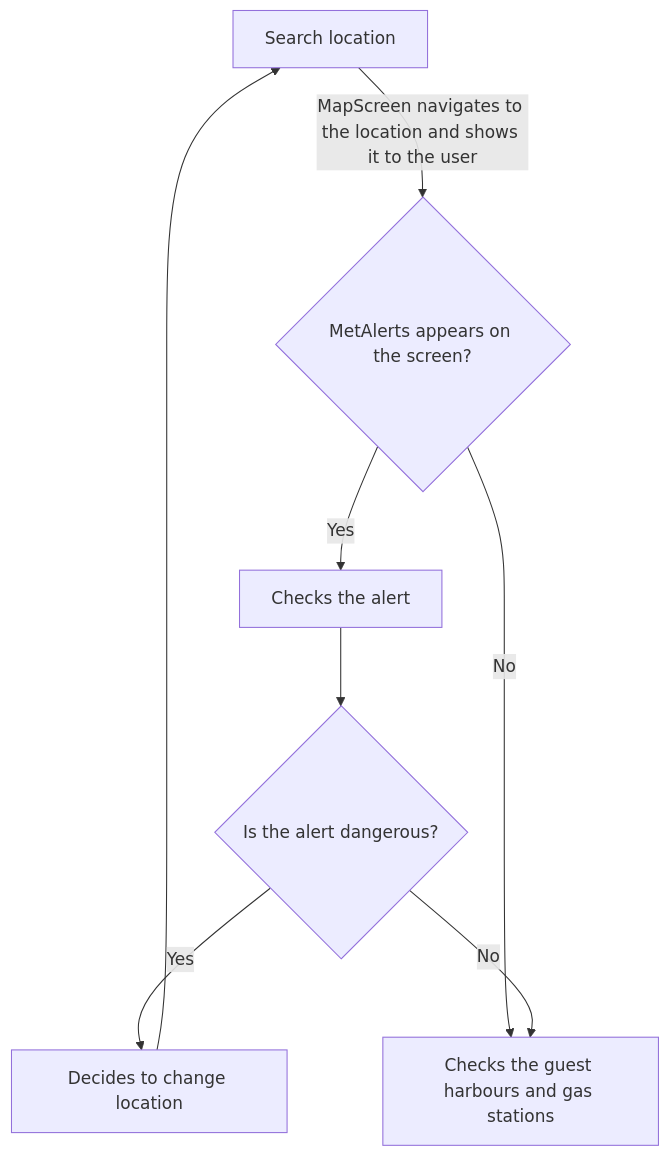
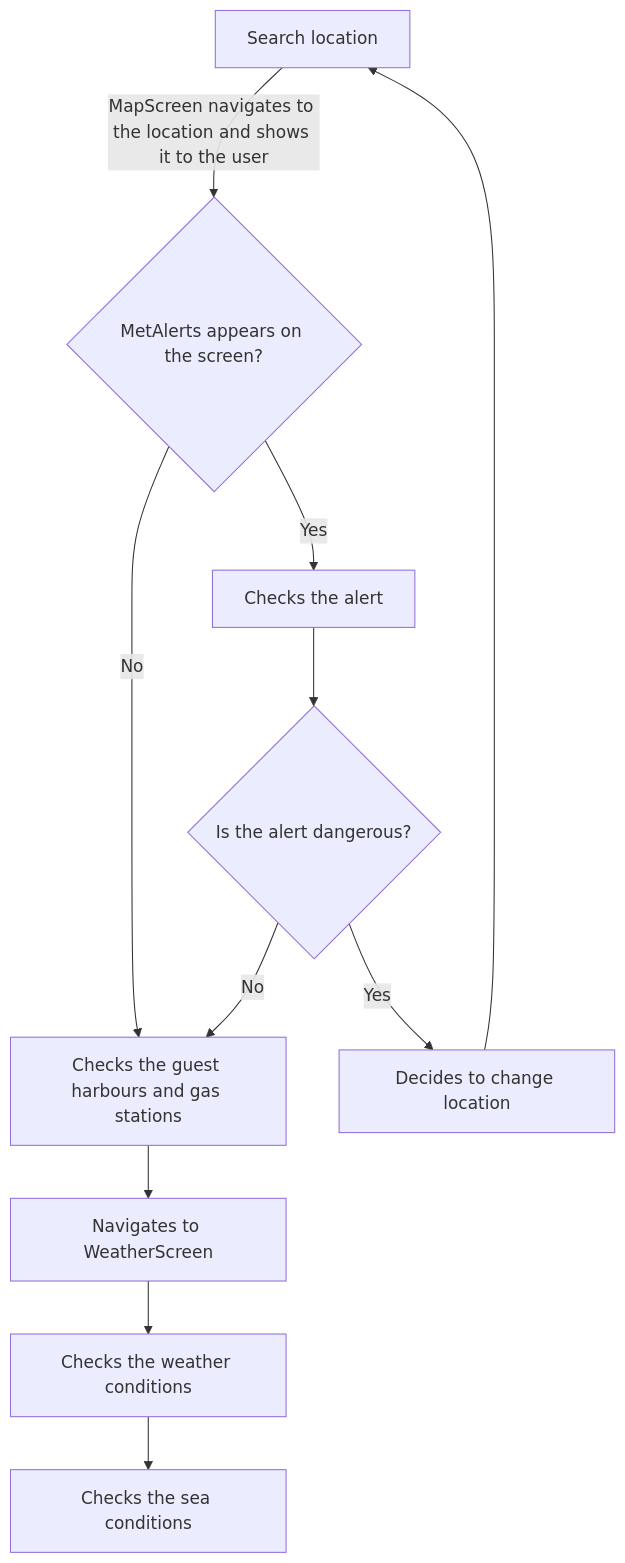
The second of 2 diagrams in MODELING.md (ronjainstanes/IN2000-student-project), drawn with Mermaid before and after one commit.

Commit message:
Activity diagram start test 17

````diff
--- a/MODELING.md
+++ b/MODELING.md
@@ -126,10 +126,13 @@
 ```mermaid
 flowchart 
 A[Search location] -->|MapScreen navigates to the location and shows it to the user| B{MetAlerts appears on the screen?}
 B -->|Yes| C[Checks the alert]
 B -->|No| D[Checks the guest harbours and gas stations]
 C--> E{Is the alert dangerous?}
 E-->|Yes| F[Decides to change location]
 F-->A
 E-->|No| D
+D-->G[Navigates to WeatherScreen]
+G--> H[Checks the weather conditions]
+H--> I[Checks the sea conditions]
 ```
````
